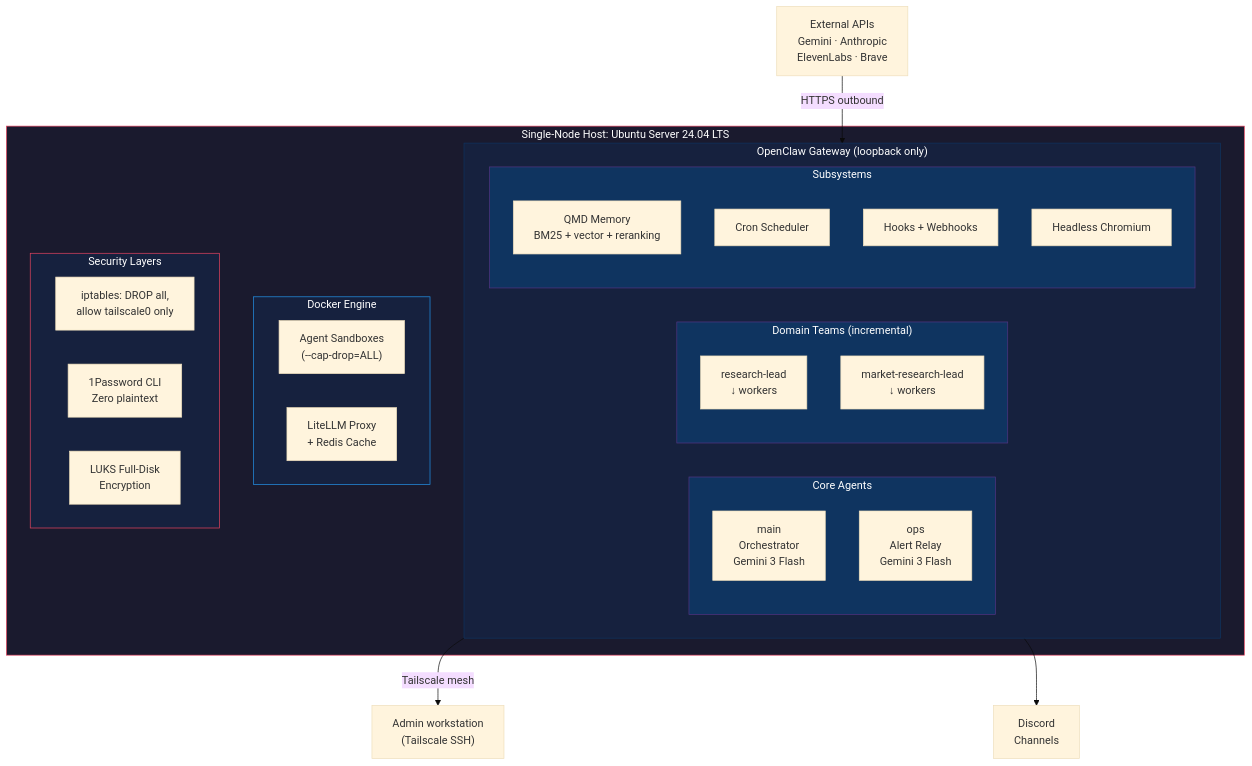
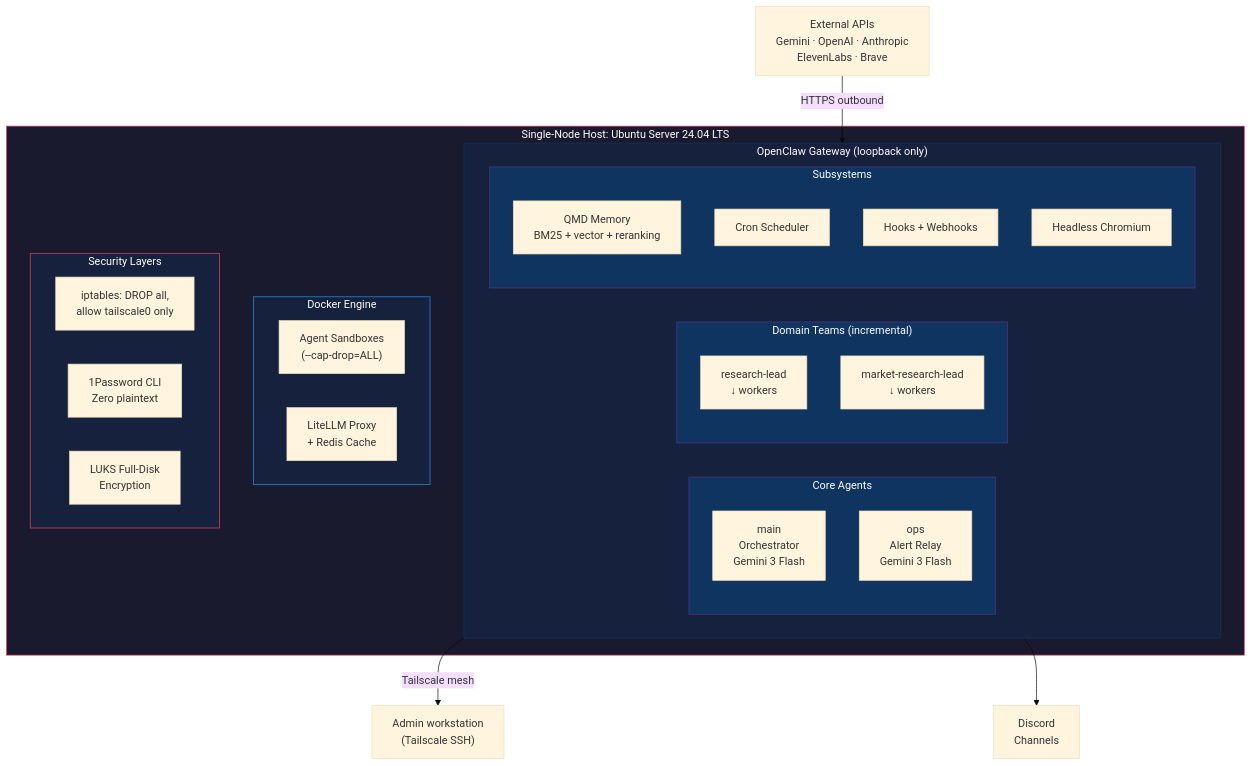
One commit to AIJSAI/hive-showcase changed the diagram in README.md. Above: the diagram before and after it, drawn with Mermaid (base theme). The commit also changed other lines of this file and 1 other file, not shown here.

````diff
--- a/README.md
+++ b/README.md
@@ -23,42 +23,42 @@
 ```mermaid
 graph TB
     subgraph Host["Single-Node Host: Ubuntu Server 24.04 LTS"]
         subgraph Gateway["OpenClaw Gateway (loopback only)"]
             subgraph Core["Core Agents"]
                 main["main<br/>Orchestrator<br/>Gemini 3 Flash"]
                 ops["ops<br/>Alert Relay<br/>Gemini 3 Flash"]
             end
             subgraph Teams["Domain Teams (incremental)"]
                 research["research-lead<br/>↓ workers"]
                 market["market-research-lead<br/>↓ workers"]
             end
             subgraph Subs["Subsystems"]
                 qmd["QMD Memory<br/>BM25 + vector + reranking"]
                 cron["Cron Scheduler"]
                 hooks["Hooks + Webhooks"]
                 chromium["Headless Chromium"]
             end
         end
         subgraph Docker["Docker Engine"]
             sandbox["Agent Sandboxes<br/>(--cap-drop=ALL)"]
             litellm["LiteLLM Proxy<br/>+ Redis Cache"]
         end
         subgraph Security["Security Layers"]
             ipt["iptables: DROP all,<br/>allow tailscale0 only"]
             op["1Password CLI<br/>Zero plaintext"]
             luks["LUKS Full-Disk<br/>Encryption"]
         end
     end
 
-    APIs["External APIs<br/>Gemini · Anthropic<br/>ElevenLabs · Brave"] -->|HTTPS outbound| Gateway
+    APIs["External APIs<br/>Gemini · OpenAI · Anthropic<br/>ElevenLabs · Brave"] -->|HTTPS outbound| Gateway
     Gateway -->|Tailscale mesh| Mac["Admin workstation<br/>(Tailscale SSH)"]
     Gateway --> Discord["Discord<br/>Channels"]
 
     style Host fill:#1a1a2e,stroke:#e94560,color:#fff
     style Gateway fill:#16213e,stroke:#0f3460,color:#fff
     style Core fill:#0f3460,stroke:#533483,color:#fff
     style Teams fill:#0f3460,stroke:#533483,color:#fff
     style Subs fill:#0f3460,stroke:#533483,color:#fff
     style Docker fill:#16213e,stroke:#2496ED,color:#fff
     style Security fill:#16213e,stroke:#e94560,color:#fff
 ```
````
